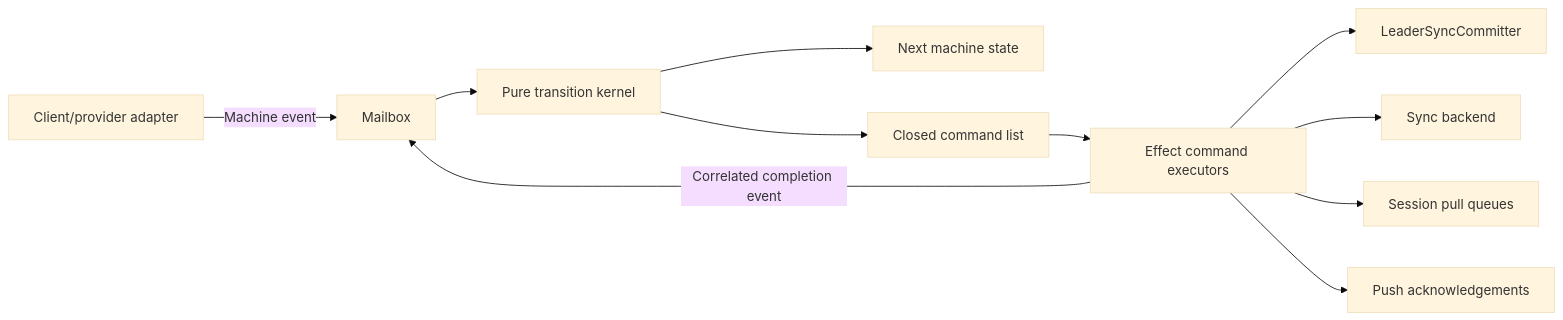
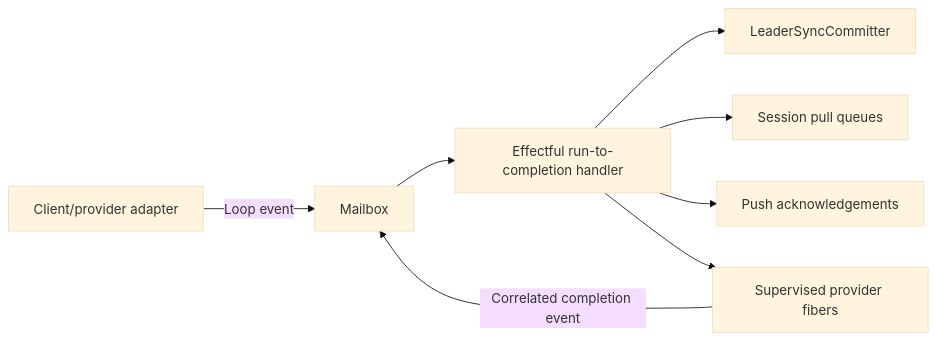
One commit to slashv/livestore changed the second of 3 diagrams in contributor-docs/rfcs/0003-leader-sync-state-machine.md. Above: the diagram before and after it, drawn with Mermaid (base theme). The commit also changed other lines of this file and 1 other file, not shown here.

Commit message:
Document serialized leader sync loop

````diff
--- a/contributor-docs/rfcs/0003-leader-sync-state-machine.md
+++ b/contributor-docs/rfcs/0003-leader-sync-state-machine.md
@@ -104,13 +92,10 @@
 ```mermaid
 flowchart LR
-  API[Client/provider adapter] -->|Machine event| Mailbox
-  Mailbox --> Kernel[Pure transition kernel]
-  Kernel --> State[Next machine state]
-  Kernel --> Commands[Closed command list]
-  Commands --> Executors[Effect command executors]
-  Executors -->|Correlated completion event| Mailbox
-  Executors --> Committer[LeaderSyncCommitter]
-  Executors --> Provider[Sync backend]
-  Executors --> Sessions[Session pull queues]
-  Executors --> Acks[Push acknowledgements]
+  API[Client/provider adapter] -->|Loop event| Mailbox
+  Mailbox --> Handler[Effectful run-to-completion handler]
+  Handler --> Committer[LeaderSyncCommitter]
+  Handler --> Sessions[Session pull queues]
+  Handler --> Acks[Push acknowledgements]
+  Handler --> Provider[Supervised provider fibers]
+  Provider -->|Correlated completion event| Mailbox
 ```
````
